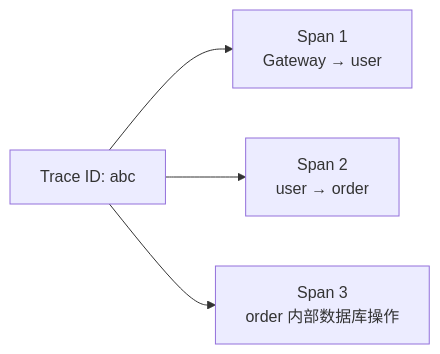
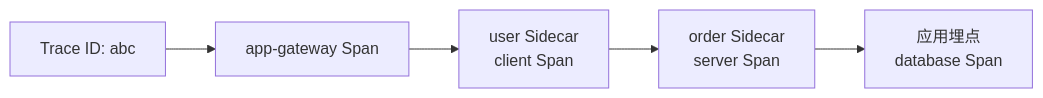
The third of 6 diagrams in posts/microservices/gateway/015_istio_trace.md (hotttao/backup), drawn with Mermaid before and after one commit. The commit also changed other lines of this file and 1 other file, not shown here.

Commit message:
istio 安全和 trace

````diff
--- a/posts/microservices/gateway/015_istio_trace.md
+++ b/posts/microservices/gateway/015_istio_trace.md
@@ -157,7 +298,10 @@
 ```mermaid
 flowchart LR
-    A[Trace ID: abc]
-    A --> S1[Span 1<br/>Gateway → user]
-    A --> S2[Span 2<br/>user → order]
-    A --> S3[Span 3<br/>order 内部数据库操作]
+    T[Trace ID: abc]
+    G[app-gateway Span]
+    UC[user Sidecar<br/>client Span]
+    OS[order Sidecar<br/>server Span]
+    DB[应用埋点<br/>database Span]
+
+    T --> G --> UC --> OS --> DB
 ```
````
